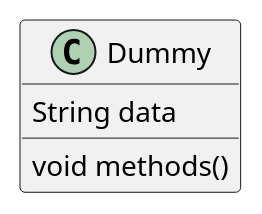
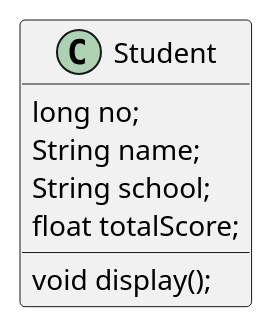
Before and after one commit to thefirstwind/tech-doc: the first of 3 diagrams in 05_DesignPattern/designPattern_03.md, drawn with PlantUML. The commit also changed other lines of this file, not shown here.

````diff
--- a/05_DesignPattern/designPattern_03.md
+++ b/05_DesignPattern/designPattern_03.md
@@ -4,8 +11,11 @@
 ```plantuml
 @startuml
-class Dummy {
-  String data
-  void methods()
+class Student {
+  long no;
+  String name;
+  String school;
+  float totalScore;
+  void display();
 }
 @enduml
 ```
````
